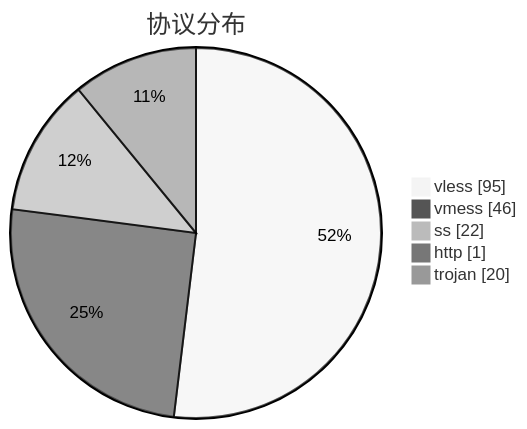
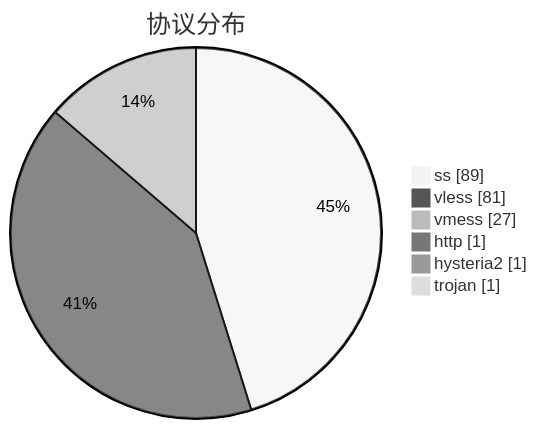
Before and after one commit to qjlxg/airport: the third of 3 diagrams in subs/statistics/tested_within.md, drawn with Mermaid (neutral theme). The commit also changed other lines of this file and 2 other files, not shown here.

````diff
--- a/subs/statistics/tested_within.md
+++ b/subs/statistics/tested_within.md
@@ -30,9 +26,10 @@
 ```mermaid
 pie showData
 title 协议分布
-"vless" : 95
-"vmess" : 46
-"ss" : 22
+"ss" : 89
+"vless" : 81
+"vmess" : 27
 "http" : 1
-"trojan" : 20
+"hysteria2" : 1
+"trojan" : 1
 ```
````
